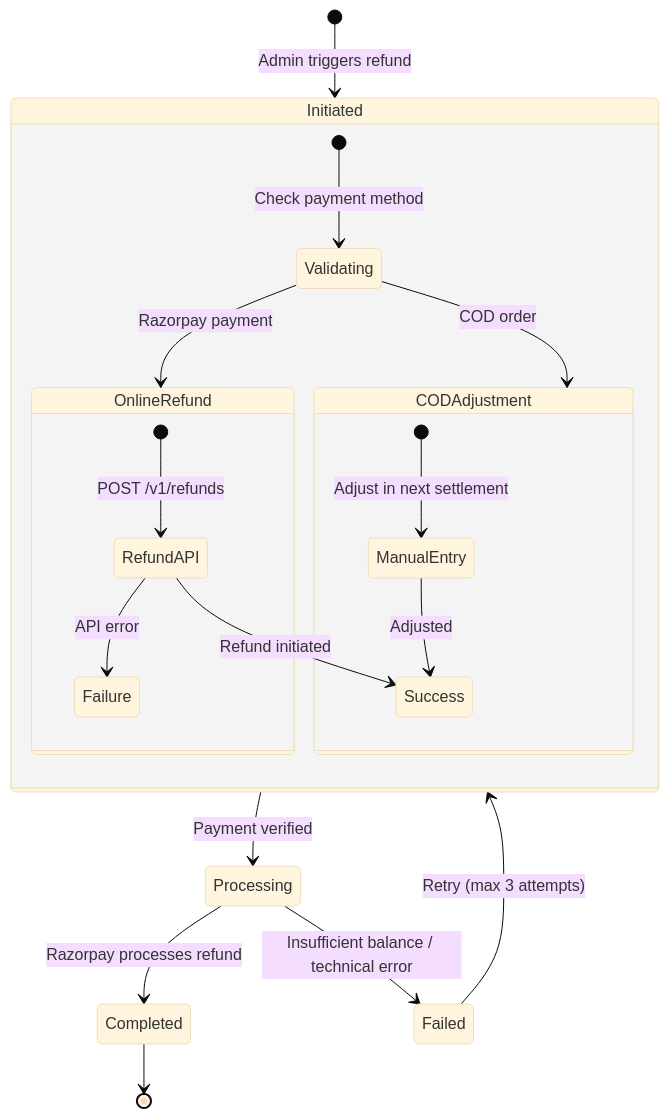
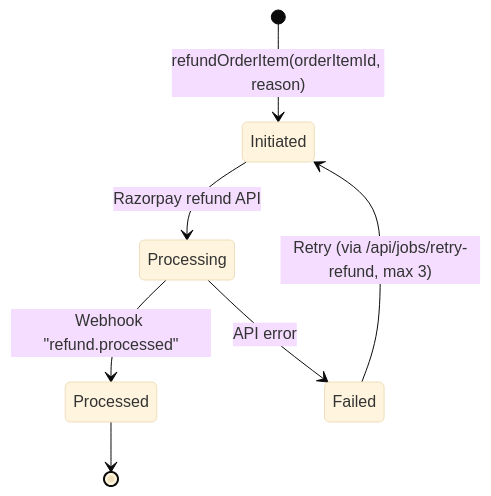
The fifth of 6 diagrams in docs/08-payment-system.md (dharshan47/rrckitchen), drawn with Mermaid (base theme) before and after one commit. The commit also changed other lines of this file and 462 other files, not shown here.

````diff
--- a/docs/08-payment-system.md
+++ b/docs/08-payment-system.md
@@ -339,26 +229,9 @@
 ```mermaid
 stateDiagram-v2
-    [*] --> Initiated: Admin triggers refund
-    Initiated --> Processing: Payment verified
-    Processing --> Completed: Razorpay processes refund
-    Processing --> Failed: Insufficient balance / technical error
-    Failed --> Initiated: Retry (max 3 attempts)
-    Completed --> [*]
-
-    state Initiated {
-        [*] --> Validating: Check payment method
-        Validating --> OnlineRefund: Razorpay payment
-        Validating --> CODAdjustment: COD order
-    }
-
-    state OnlineRefund {
-        [*] --> RefundAPI: POST /v1/refunds
-        RefundAPI --> Success: Refund initiated
-        RefundAPI --> Failure: API error
-    }
-
-    state CODAdjustment {
-        [*] --> ManualEntry: Adjust in next settlement
-        ManualEntry --> Success: Adjusted
-    }
+    [*] --> Initiated: refundOrderItem(orderItemId, reason)
+    Initiated --> Processing: Razorpay refund API
+    Processing --> Processed: Webhook "refund.processed"
+    Processing --> Failed: API error
+    Failed --> Initiated: Retry (via /api/jobs/retry-refund, max 3)
+    Processed --> [*]
 ```
````
